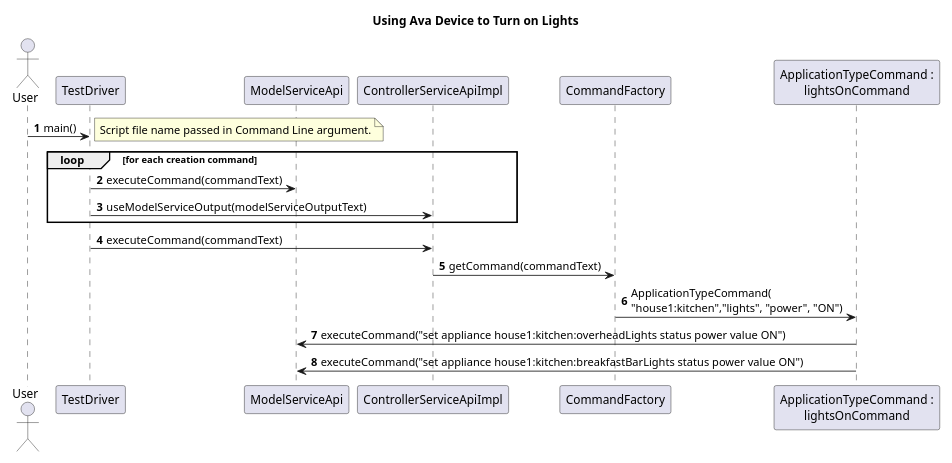
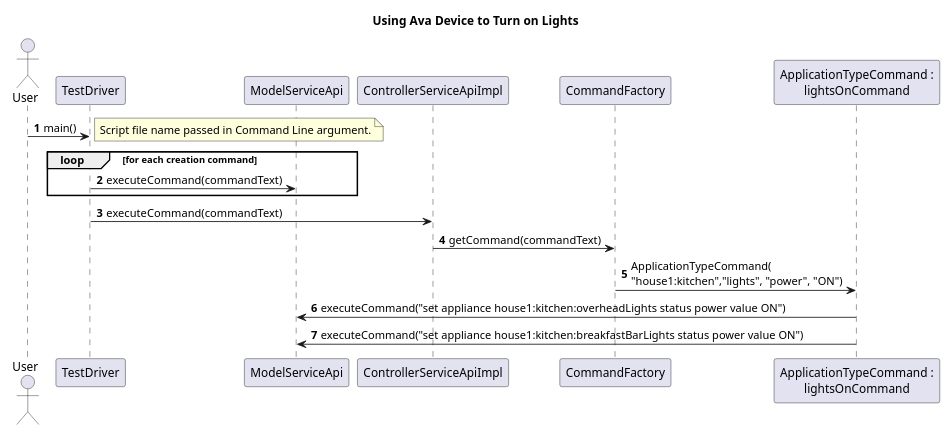
Before and after one commit to erikorlowski/cscie97: the fourth of 5 diagrams in cscie97/asn3/design.md, drawn with PlantUML. The commit also changed other lines of this file, not shown here.

````diff
--- a/cscie97/asn3/design.md
+++ b/cscie97/asn3/design.md
@@ -292,30 +463,29 @@
 ```plantuml
 @startuml
 title Using Ava Device to Turn on Lights
 
 autonumber
 scale max 800 width
 
 actor User
 participant TestDriver
 participant ModelServiceApi
 participant ControllerServiceApiImpl
 participant CommandFactory
 participant "ApplicationTypeCommand :\nlightsOnCommand" as ApplicationTypeCommand
 
 User -> TestDriver : main()
 note right
     Script file name passed in Command Line argument.
 end note
 loop for each creation command
 TestDriver -> ModelServiceApi : executeCommand(commandText)
-TestDriver -> ControllerServiceApiImpl : useModelServiceOutput(modelServiceOutputText)
 end
 TestDriver -> ControllerServiceApiImpl : executeCommand(commandText)
 ControllerServiceApiImpl -> CommandFactory : getCommand(commandText)
 CommandFactory -> ApplicationTypeCommand : ApplicationTypeCommand(\n"house1:kitchen","lights", "power", "ON")
 ApplicationTypeCommand -> ModelServiceApi : executeCommand("set appliance house1:kitchen:overheadLights status power value ON")
 ApplicationTypeCommand -> ModelServiceApi : executeCommand("set appliance house1:kitchen:breakfastBarLights status power value ON")
 
 @enduml
 ```
````
